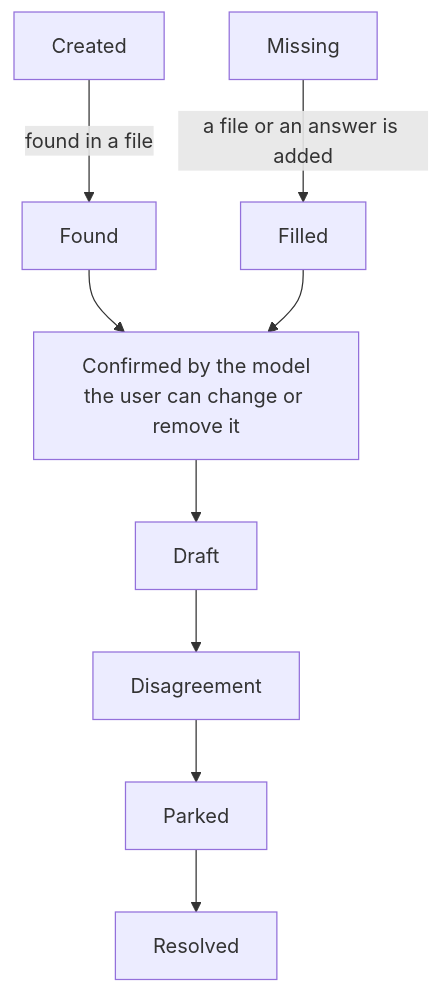
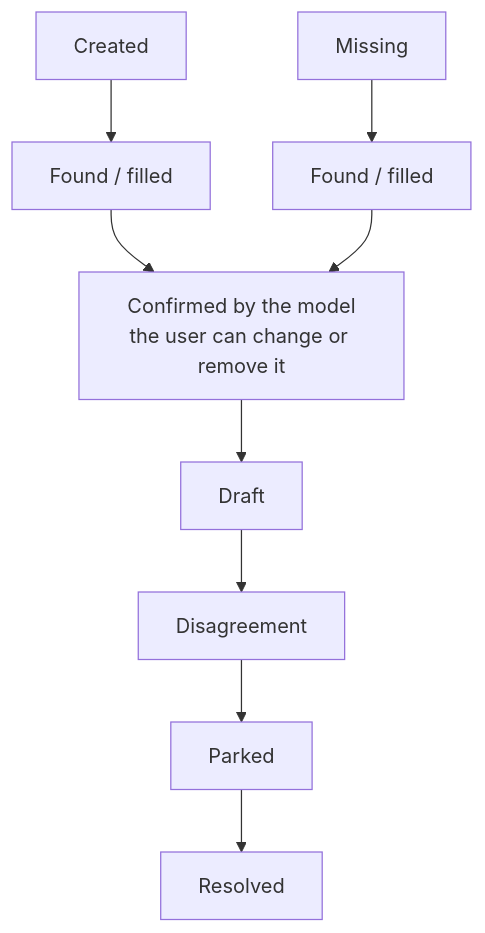
Before and after one commit to Open-Earth-Foundation/CityCatalyst: the third of 5 diagrams in docs/ContextFirstCoreArchitecture.md, drawn with Mermaid. The commit also changed other lines of this file, not shown here.

Commit message:
docs(agentic): both paths reach found or filled

````diff
--- a/docs/ContextFirstCoreArchitecture.md
+++ b/docs/ContextFirstCoreArchitecture.md
@@ -221,7 +221,7 @@
 ```mermaid
 flowchart TB
-  C["Created"] -->|"found in a file"| F1["Found"]
-  M["Missing"] -->|"a file or an answer is added"| F2["Filled"]
+  C["Created"] --> F1["Found / filled"]
+  M["Missing"] --> F2["Found / filled"]
   F1 & F2 --> OK["Confirmed by the model<br/>the user can change or remove it"]
   OK --> DR["Draft"] --> DI["Disagreement"] --> PA["Parked"] --> RE["Resolved"]
 ```
````
